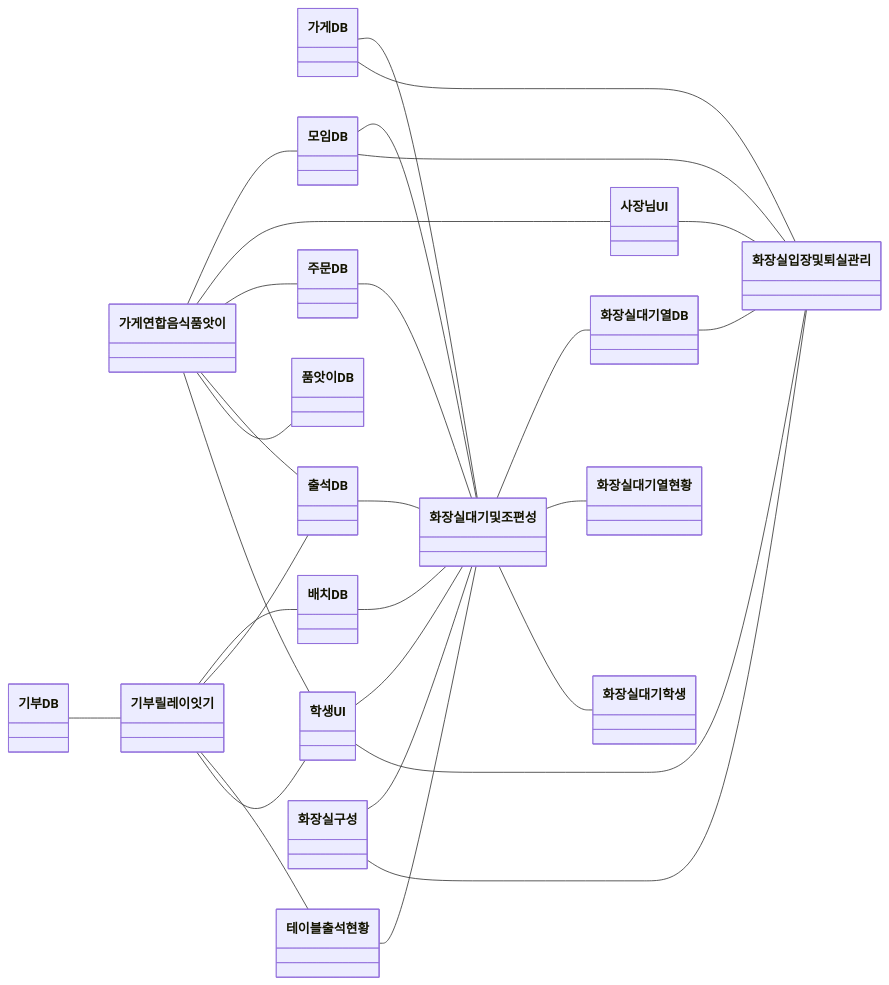
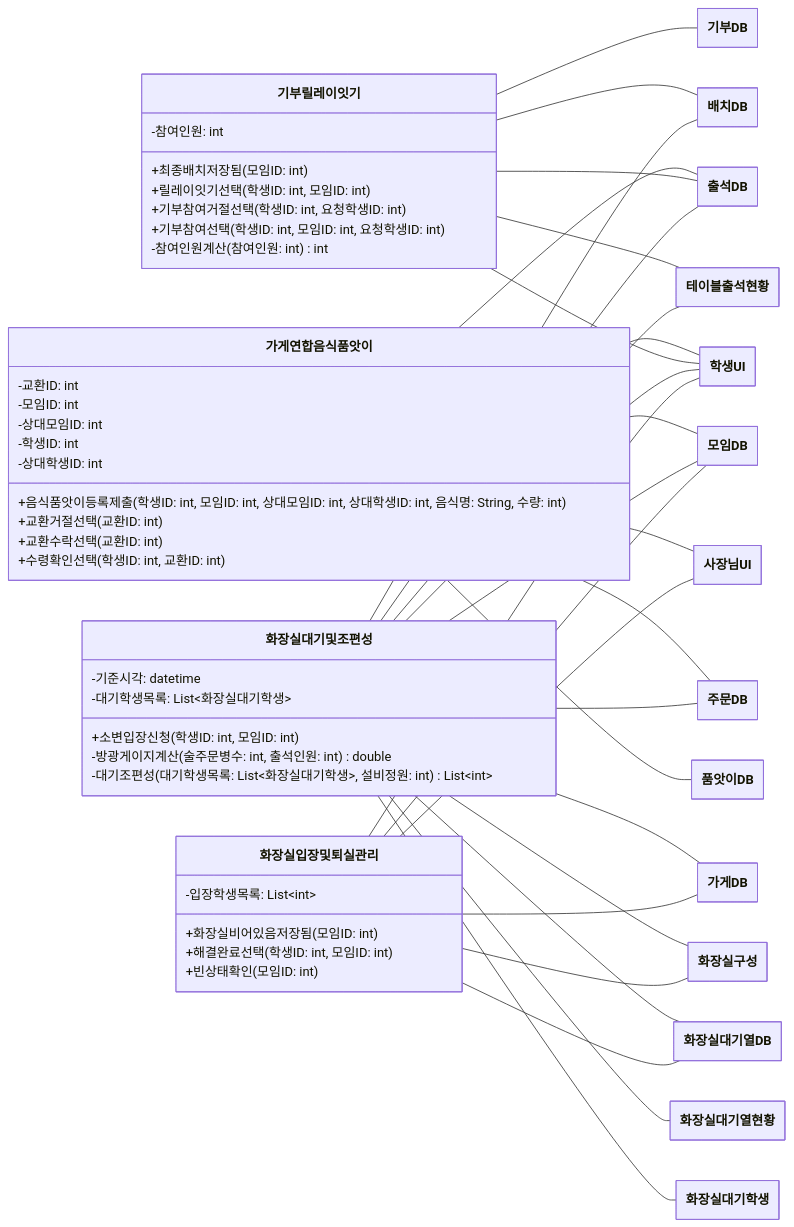
The fourth of 13 diagrams in class-diagram/class-diagram.md (hojae3/sw-engineering-16), drawn with Mermaid before and after one commit. The commit also changed other lines of this file and 1 other file, not shown here.

First line of the commit message:
[class] 통합 클래스 다이어그램을 PPT 구성에 맞춰 영역별 그림으로 변경

````diff
--- a/class-diagram/class-diagram.md
+++ b/class-diagram/class-diagram.md
@@ -277,10 +374,45 @@
 ```mermaid
+---
+config:
+  class:
+    hideEmptyMembersBox: true
+---
 classDiagram
     direction LR
+    class DonationRelay["기부릴레이잇기"] {
+        -참여인원: int
+        +최종배치저장됨(모임ID: int)
+        +릴레이잇기선택(학생ID: int, 모임ID: int)
+        +기부참여거절선택(학생ID: int, 요청학생ID: int)
+        +기부참여선택(학생ID: int, 모임ID: int, 요청학생ID: int)
+        -참여인원계산(참여인원: int) int
+    }
+    class StoreFoodExchange["가게연합음식품앗이"] {
+        -교환ID: int
+        -모임ID: int
+        -상대모임ID: int
+        -학생ID: int
+        -상대학생ID: int
+        +음식품앗이등록제출(학생ID: int, 모임ID: int, 상대모임ID: int, 상대학생ID: int, 음식명: String, 수량: int)
+        +교환거절선택(교환ID: int)
+        +교환수락선택(교환ID: int)
+        +수령확인선택(학생ID: int, 교환ID: int)
+    }
+    class ToiletWaitAndGroup["화장실대기및조편성"] {
+        -기준시각: datetime
+        -대기학생목록: List~화장실대기학생~
+        +소변입장신청(학생ID: int, 모임ID: int)
+        -방광게이지계산(술주문병수: int, 출석인원: int) double
+        -대기조편성(대기학생목록: List~화장실대기학생~, 설비정원: int) List~int~
+    }
+    class ToiletEntryExitManagement["화장실입장및퇴실관리"] {
+        -입장학생목록: List~int~
+        +화장실비어있음저장됨(모임ID: int)
+        +해결완료선택(학생ID: int, 모임ID: int)
+        +빈상태확인(모임ID: int)
+    }
     class StoreDB["가게DB"]
-    class StoreFoodExchange["가게연합음식품앗이"]
     class DonationDB["기부DB"]
-    class DonationRelay["기부릴레이잇기"]
     class MeetingDB["모임DB"]
     class ArrangementDB["배치DB"]
     class OwnerUI["사장님UI"]
@@ -290,37 +422,35 @@
     class FoodExchangeDB["품앗이DB"]
     class StudentUI["학생UI"]
     class ToiletConfig["화장실구성"]
-    class ToiletWaitAndGroup["화장실대기및조편성"]
     class ToiletQueueDB["화장실대기열DB"]
     class ToiletQueueStatus["화장실대기열현황"]
     class ToiletWaitStudent["화장실대기학생"]
-    class ToiletEntryExitManagement["화장실입장및퇴실관리"]
-    StoreDB -- ToiletWaitAndGroup
-    StoreDB -- ToiletEntryExitManagement
+    ToiletWaitAndGroup -- StoreDB
+    ToiletEntryExitManagement -- StoreDB
     StoreFoodExchange -- MeetingDB
     StoreFoodExchange -- OwnerUI
     StoreFoodExchange -- OrderDB
     StoreFoodExchange -- AttendanceDB
     StoreFoodExchange -- FoodExchangeDB
     StoreFoodExchange -- StudentUI
-    DonationDB -- DonationRelay
+    DonationRelay -- DonationDB
     DonationRelay -- ArrangementDB
     DonationRelay -- AttendanceDB
     DonationRelay -- TableAttendanceStatus
     DonationRelay -- StudentUI
-    MeetingDB -- ToiletWaitAndGroup
-    MeetingDB -- ToiletEntryExitManagement
-    ArrangementDB -- ToiletWaitAndGroup
-    OwnerUI -- ToiletEntryExitManagement
-    OrderDB -- ToiletWaitAndGroup
-    AttendanceDB -- ToiletWaitAndGroup
-    TableAttendanceStatus -- ToiletWaitAndGroup
-    StudentUI -- ToiletWaitAndGroup
-    StudentUI -- ToiletEntryExitManagement
-    ToiletConfig -- ToiletWaitAndGroup
-    ToiletConfig -- ToiletEntryExitManagement
+    ToiletWaitAndGroup -- MeetingDB
+    ToiletEntryExitManagement -- MeetingDB
+    ToiletWaitAndGroup -- ArrangementDB
+    ToiletEntryExitManagement -- OwnerUI
+    ToiletWaitAndGroup -- OrderDB
+    ToiletWaitAndGroup -- AttendanceDB
+    ToiletWaitAndGroup -- TableAttendanceStatus
+    ToiletWaitAndGroup -- StudentUI
+    ToiletEntryExitManagement -- StudentUI
+    ToiletWaitAndGroup -- ToiletConfig
+    ToiletEntryExitManagement -- ToiletConfig
     ToiletWaitAndGroup -- ToiletQueueDB
     ToiletWaitAndGroup -- ToiletQueueStatus
     ToiletWaitAndGroup -- ToiletWaitStudent
-    ToiletQueueDB -- ToiletEntryExitManagement
+    ToiletEntryExitManagement -- ToiletQueueDB
 ```
````
